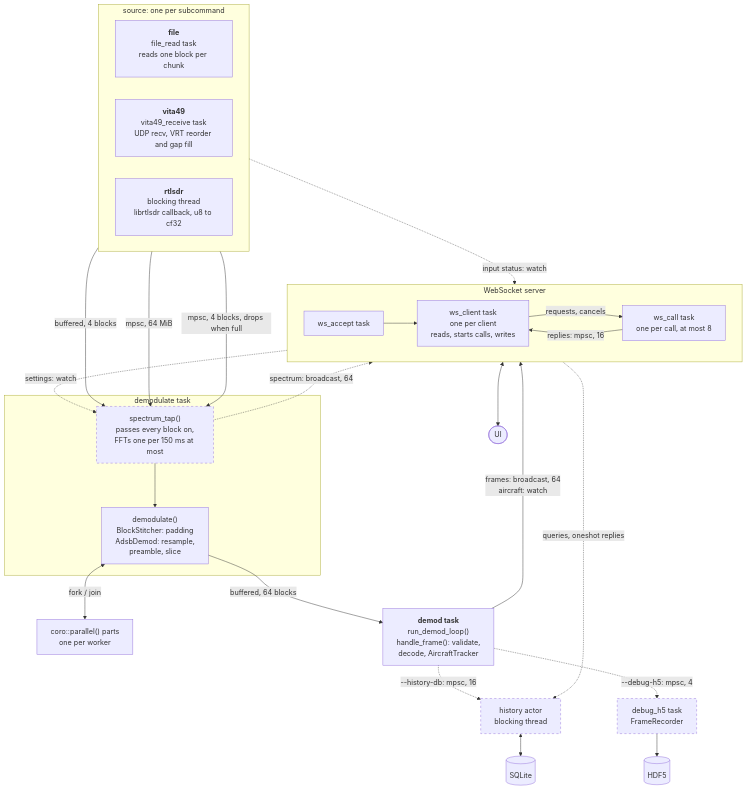
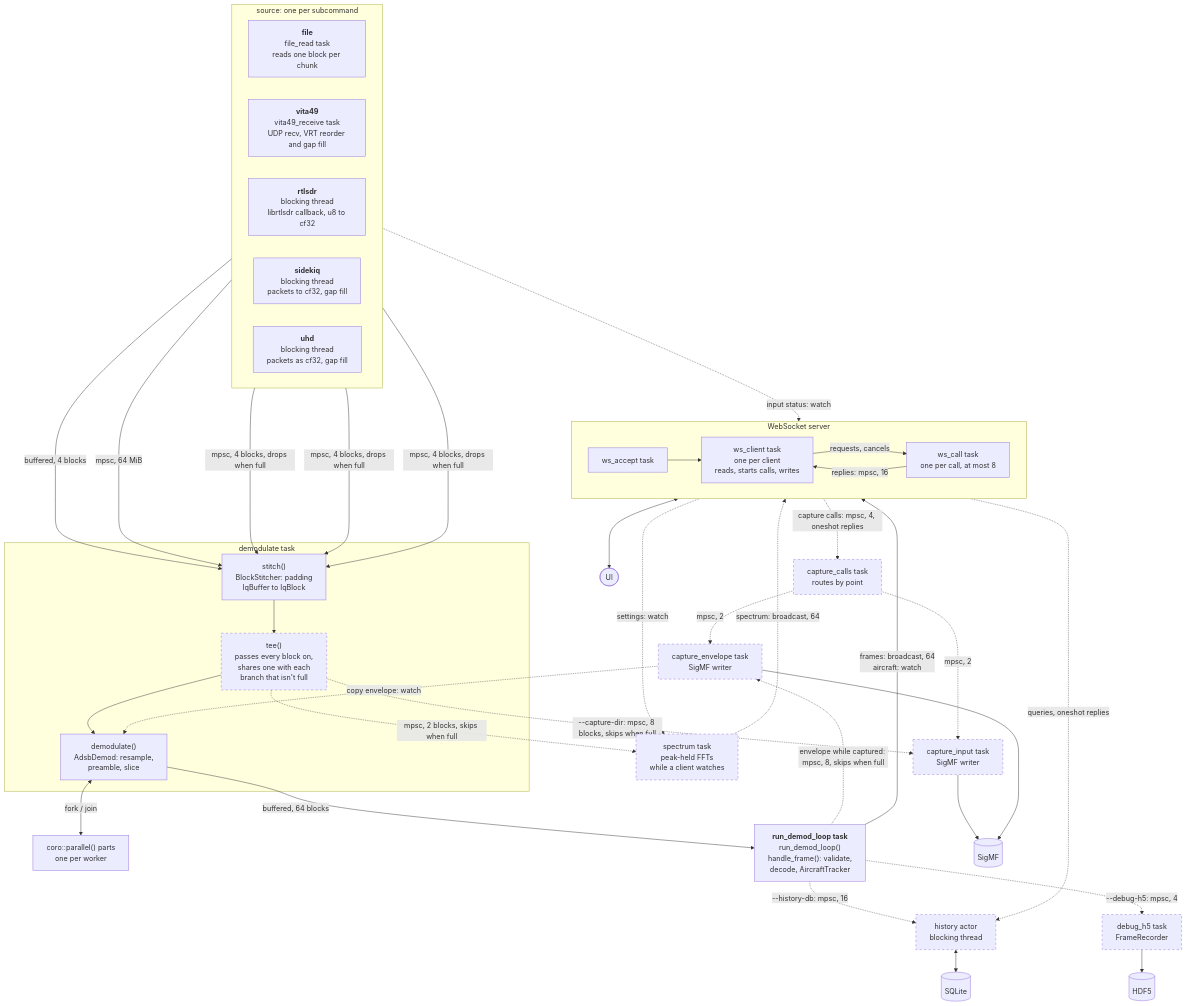
One commit to bts164/ADSB-Decoder changed the second of 4 diagrams in README.md. Above: the diagram before and after it, drawn with Mermaid. The commit also changed other lines of this file and 49 other files, not shown here.

Commit message:
Added optional sidekiq & uhd sources. Added ability to record iq from the UI

````diff
--- a/README.md
+++ b/README.md
@@ -262,46 +263,65 @@
 ```mermaid
 flowchart TB
     subgraph source["source: one per subcommand"]
         direction LR
         FILE["<b>file</b><br/>file_read task<br/>reads one block per chunk"]
         VRT["<b>vita49</b><br/>vita49_receive task<br/>UDP recv, VRT reorder and gap fill"]
         RTL["<b>rtlsdr</b><br/>blocking thread<br/>librtlsdr callback, u8 to cf32"]
+        SKQ["<b>sidekiq</b><br/>blocking thread<br/>packets to cf32, gap fill"]
+        UHD["<b>uhd</b><br/>blocking thread<br/>packets as cf32, gap fill"]
     end
     subgraph dtask["demodulate task"]
-        TAP["spectrum_tap()<br/>passes every block on,<br/>FFTs one per 150 ms at most"]
-        DEMOD["demodulate()<br/>BlockStitcher: padding<br/>AdsbDemod: resample,<br/>preamble, slice"]
-        TAP --> DEMOD
+        STITCH["stitch()<br/>BlockStitcher: padding<br/>IqBuffer to IqBlock"]
+        TEE["tee()<br/>passes every block on,<br/>shares one with each<br/>branch that isn't full"]
+        DEMOD["demodulate()<br/>AdsbDemod: resample,<br/>preamble, slice"]
+        STITCH --> TEE --> DEMOD
     end
     PAR["coro::parallel() parts<br/>one per worker"]
-    SINK["<b>demod task</b><br/>run_demod_loop()<br/>handle_frame(): validate,<br/>decode, AircraftTracker"]
+    SINK["<b>run_demod_loop task</b><br/>run_demod_loop()<br/>handle_frame(): validate,<br/>decode, AircraftTracker"]
     REC["debug_h5 task<br/>FrameRecorder"]
+    SPEC["spectrum task<br/>peak-held FFTs<br/>while a client watches"]
     HIST["history actor<br/>blocking thread"]
+    CAPR["capture_calls task<br/>routes by point"]
+    CAPI["capture_input task<br/>SigMF writer"]
+    CAPE["capture_envelope task<br/>SigMF writer"]
     subgraph ws["WebSocket server"]
         direction LR
         ACC["ws_accept task"] --> CLI["ws_client task<br/>one per client<br/>reads, starts calls, writes"]
         CLI -- "requests, cancels" --> CALL["ws_call task<br/>one per call, at most 8"]
         CALL -- "replies: mpsc, 16" --> CLI
     end
     H5[("HDF5")]
     DB[("SQLite")]
+    SIGMF[("SigMF")]
     UI(["UI"])
 
-    FILE -- "buffered, 4 blocks" --> TAP
-    VRT -- "mpsc, 64 MiB" --> TAP
-    RTL -- "mpsc, 4 blocks, drops when full" --> TAP
+    FILE -- "buffered, 4 blocks" --> STITCH
+    VRT -- "mpsc, 64 MiB" --> STITCH
+    RTL -- "mpsc, 4 blocks, drops when full" --> STITCH
+    SKQ -- "mpsc, 4 blocks, drops when full" --> STITCH
+    UHD -- "mpsc, 4 blocks, drops when full" --> STITCH
     DEMOD <-- "fork / join" --> PAR
     DEMOD -- "buffered, 64 blocks" --> SINK
     SINK -- "frames: broadcast, 64<br/>aircraft: watch" --> CALL
     SINK -. "--history-db: mpsc, 16" .-> HIST
     SINK -. "--debug-h5: mpsc, 4" .-> REC
     REC --> H5
     HIST <--> DB
-    TAP -. "spectrum: broadcast, 64" .-> CALL
-    CALL -. "settings: watch" .-> TAP
+    TEE -. "mpsc, 2 blocks, skips when full" .-> SPEC
+    SPEC -. "spectrum: broadcast, 64" .-> CALL
+    CALL -. "settings: watch" .-> SPEC
     VRT -. "input status: watch" .-> CALL
     CALL -. "queries, oneshot replies" .-> HIST
+    TEE -. "--capture-dir: mpsc, 8 blocks, skips when full" .-> CAPI
+    SINK -. "envelope while captured: mpsc, 8, skips when full" .-> CAPE
+    CAPE -. "copy envelope: watch" .-> DEMOD
+    CALL -. "capture calls: mpsc, 4, oneshot replies" .-> CAPR
+    CAPR -. "mpsc, 2" .-> CAPI
+    CAPR -. "mpsc, 2" .-> CAPE
+    CAPI --> SIGMF
+    CAPE --> SIGMF
     CLI <--> UI
 
     classDef optional stroke-dasharray: 5 5
-    class TAP,REC,HIST optional
+    class TEE,SPEC,REC,HIST,CAPR,CAPI,CAPE optional
 ```
````
